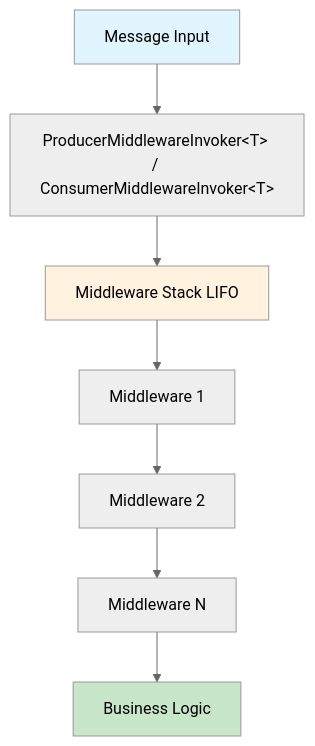
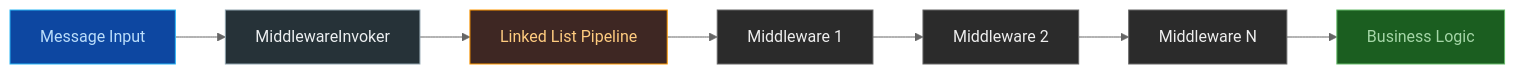
The diagram in docs/architecture/middleware-architecture.md (cleberMargarida/k-entity-framework), drawn with Mermaid (neutral theme) before and after one commit. The commit also changed other lines of this file and 87 other files, not shown here.

````diff
--- a/docs/architecture/middleware-architecture.md
+++ b/docs/architecture/middleware-architecture.md
@@ -35,13 +21,23 @@
 ```mermaid
-graph TD
-    A[Message Input] --> B[ProducerMiddlewareInvoker&lt;T&gt; / ConsumerMiddlewareInvoker&lt;T&gt;]
-    B --> C[Middleware Stack LIFO]
+graph LR
+    A[Message Input] --> B[MiddlewareInvoker<T>]
+    B --> C[Linked List Pipeline]
     C --> D[Middleware 1]
-    D --> E[Middleware 2]
+    D --> E[Middleware 2] 
     E --> F[Middleware N]
     F --> G[Business Logic]
-    
-    style A fill:#e1f5fe
-    style G fill:#c8e6c9
-    style C fill:#fff3e0
+
+    classDef default fill:#2b2b2b,stroke:#666,color:#eee;
+
+    class A input;
+    classDef input fill:#0d47a1,stroke:#29b6f6,color:#bbdefb;
+
+    class B invoker;
+    classDef invoker fill:#263238,stroke:#90a4ae,color:#eceff1;
+
+    class C pipeline;
+    classDef pipeline fill:#3e2723,stroke:#ff9800,color:#ffcc80;
+
+    class G logic;
+    classDef logic fill:#1b5e20,stroke:#66bb6a,color:#a5d6a7;
 ```
````
